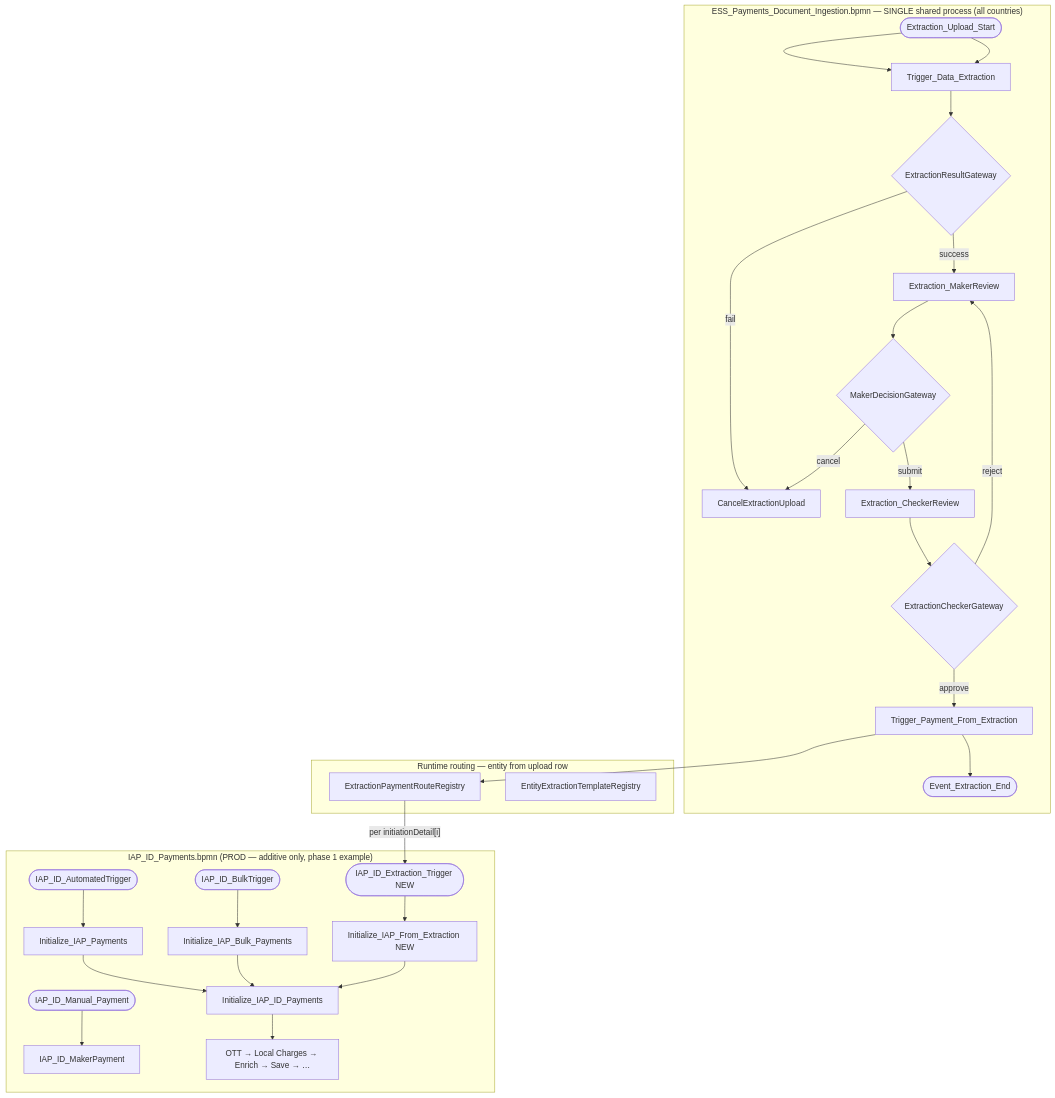
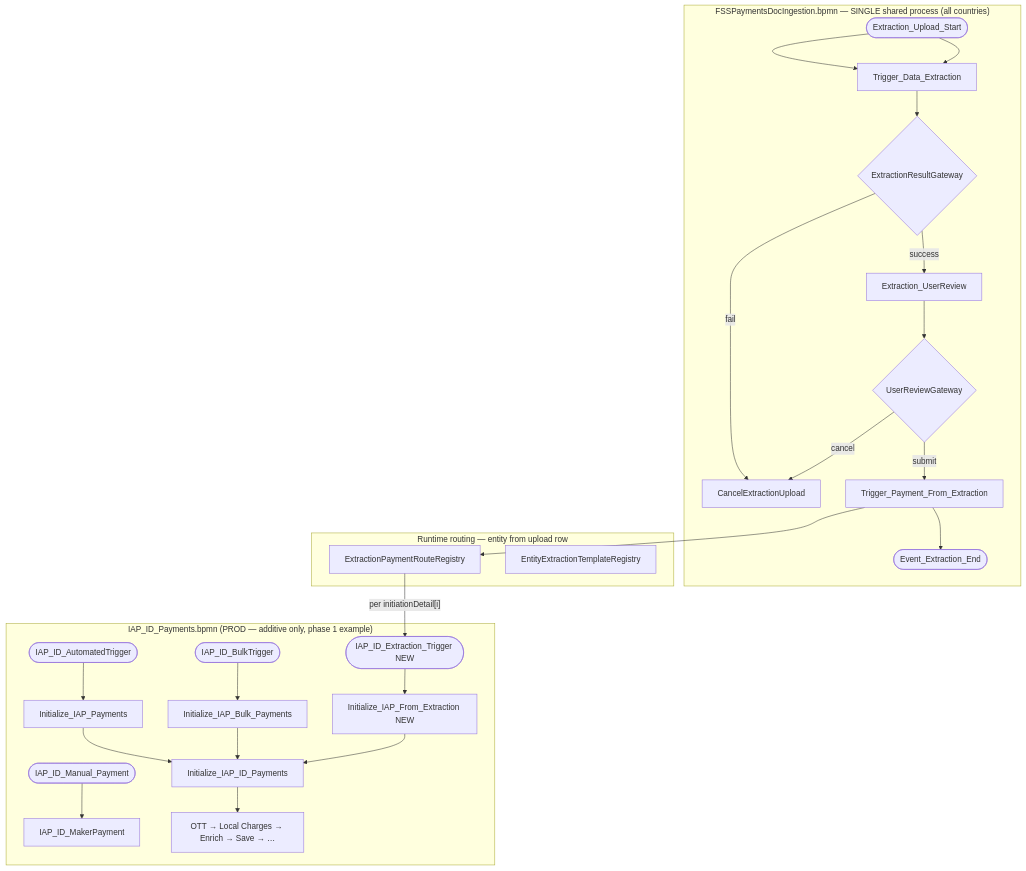
One commit to suresh0731/payment changed the first of 3 diagrams in final/IDP_Document_Ingestion_Design.md. Above: the diagram before and after it, drawn with Mermaid. The commit also changed other lines of this file and 6 other files, not shown here.

````diff
--- a/final/IDP_Document_Ingestion_Design.md
+++ b/final/IDP_Document_Ingestion_Design.md
@@ -44,36 +44,33 @@
 ```mermaid
 flowchart TB
-    subgraph ESS["ESS_Payments_Document_Ingestion.bpmn — SINGLE shared process (all countries)"]
+    subgraph FSS["FSSPaymentsDocIngestion.bpmn — SINGLE shared process (all countries)"]
         UP(["Extraction_Upload_Start"]) --> EXTRACT["Trigger_Data_Extraction"]
         EXTRACT --> GW1{"ExtractionResultGateway"}
         GW1 -->|fail| CANCEL["CancelExtractionUpload"]
-        GW1 -->|success| MK["Extraction_MakerReview"]
-        MK --> GW0{"MakerDecisionGateway"}
+        GW1 -->|success| UR["Extraction_UserReview"]
+        UR --> GW0{"UserReviewGateway"}
         GW0 -->|cancel| CANCEL
-        GW0 -->|submit| CK["Extraction_CheckerReview"]
-        CK --> GW2{"ExtractionCheckerGateway"}
-        GW2 -->|reject| MK
-        GW2 -->|approve| TRIGGER["Trigger_Payment_From_Extraction"]
-        TRIGGER --> END_ESS(["Event_Extraction_End"])
+        GW0 -->|submit| TRIGGER["Trigger_Payment_From_Extraction"]
+        TRIGGER --> END_FSS(["Event_Extraction_End"])
     end
 
     subgraph ROUTE["Runtime routing — entity from upload row"]
         REG["ExtractionPaymentRouteRegistry"]
         TREG["EntityExtractionTemplateRegistry"]
     end
 
     subgraph PAY["IAP_ID_Payments.bpmn (PROD — additive only, phase 1 example)"]
         A1(["IAP_ID_AutomatedTrigger"]) --> IP["Initialize_IAP_Payments"]
         B1(["IAP_ID_BulkTrigger"]) --> IB["Initialize_IAP_Bulk_Payments"]
         M1(["IAP_ID_Manual_Payment"]) --> MK2["IAP_ID_MakerPayment"]
         EXT_START(["IAP_ID_Extraction_Trigger NEW"]) --> INIT["Initialize_IAP_From_Extraction NEW"]
         IP --> IID["Initialize_IAP_ID_Payments"]
         IB --> IID
         INIT --> IID
         IID --> ENR["OTT → Local Charges → Enrich → Save → …"]
     end
 
     UP --> EXTRACT
     TRIGGER --> REG
     REG -->|"per initiationDetail[i]"| EXT_START
 ```
````
